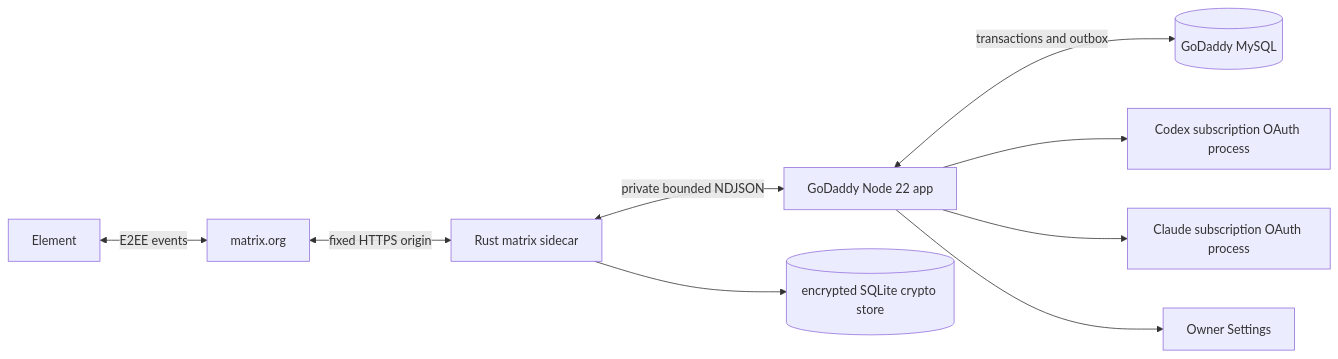
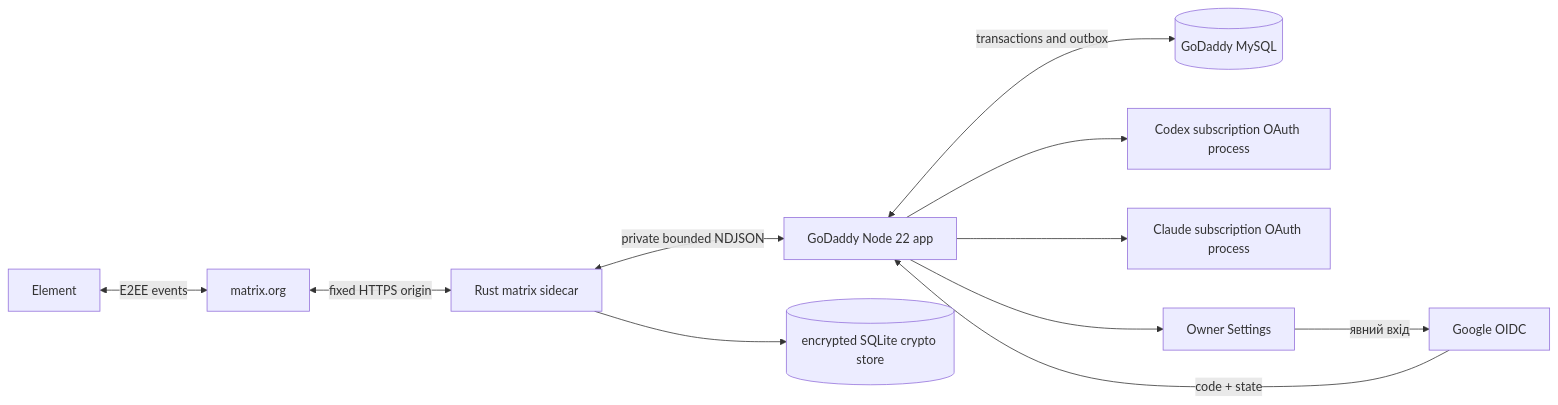
One commit to Ingwarski/personal-ai-consulting-group-godaddy changed the diagram in docs/architecture.md. Above: the diagram before and after it, drawn with Mermaid. The commit also changed other lines of this file and 3 other files, not shown here.

Commit message:
docs: preserve Google auth architecture and verified render binding

````diff
--- a/docs/architecture.md
+++ b/docs/architecture.md
@@ -45,11 +59,13 @@
 ```mermaid
 flowchart LR
     E[Element] <-->|E2EE events| M[matrix.org]
     M <-->|fixed HTTPS origin| R[Rust matrix sidecar]
     R <-->|private bounded NDJSON| N[GoDaddy Node 22 app]
     N <-->|transactions and outbox| D[(GoDaddy MySQL)]
     N --> C[Codex subscription OAuth process]
     N --> A[Claude subscription OAuth process]
     N --> S[Owner Settings]
+    S -->|явний вхід| G[Google OIDC]
+    G -->|code + state| N
     R --> Q[(encrypted SQLite crypto store)]
 ```
````
